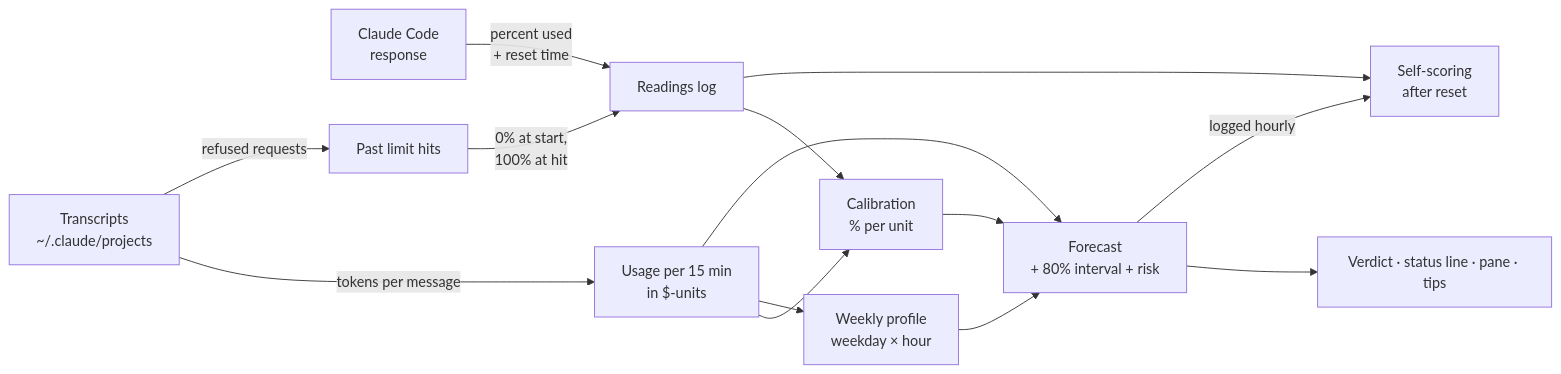
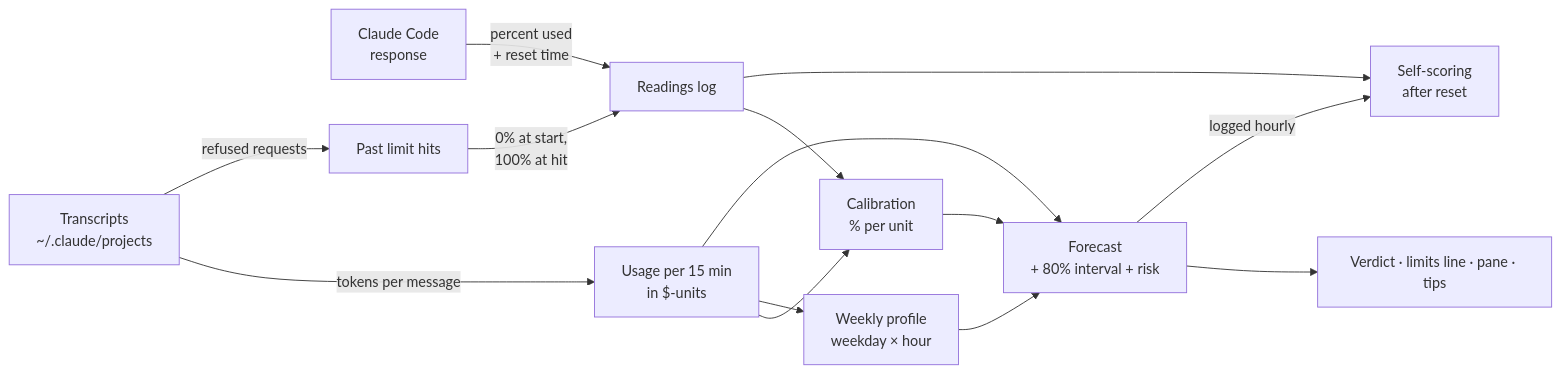
Before and after one commit to danylo-konovalenko-brainsport/limits-forecast: the diagram in README.md, drawn with Mermaid. The commit also changed other lines of this file and 3 other files, not shown here.

First line of the commit message:
Draw the limits line above the prompt with colored verdicts

````diff
--- a/README.md
+++ b/README.md
@@ -104,16 +102,16 @@
 ```mermaid
 flowchart LR
     A[Claude Code<br/>response] -->|percent used<br/>+ reset time| R[Readings log]
     T[Transcripts<br/>~/.claude/projects] -->|tokens per message| U[Usage per 15 min<br/>in $-units]
     T -->|refused requests| H[Past limit hits]
     H -->|0% at start,<br/>100% at hit| R
     R --> C[Calibration<br/>% per unit]
     U --> C
     U --> P[Weekly profile<br/>weekday × hour]
     C --> F[Forecast<br/>+ 80% interval + risk]
     P --> F
     U --> F
-    F --> V[Verdict · status line · pane · tips]
+    F --> V[Verdict · limits line · pane · tips]
     F -->|logged hourly| S[Self-scoring<br/>after reset]
     R --> S
 ```
````
